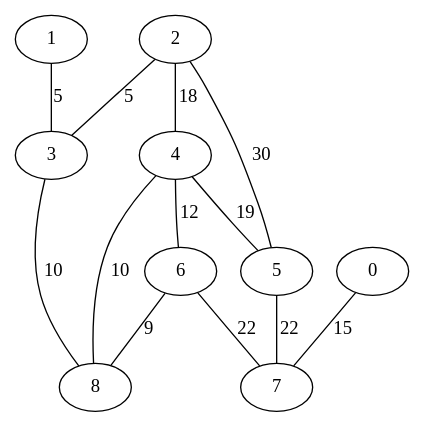
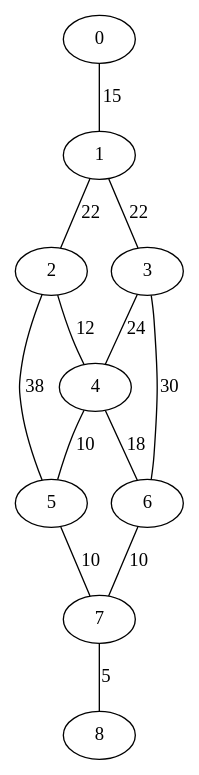
The diagram in input/sample/day23_compressed.dot (josephmate/AdventOfCode2023), drawn with Graphviz before and after one commit. The commit also changed 2 other files, not shown here.

```diff
--- a/input/sample/day23_compressed.dot
+++ b/input/sample/day23_compressed.dot
@@ -1,14 +1,14 @@
 graph Connected_Components {
-    1 -- 3 [label="5"]
-    4 -- 6 [label="12"]
-    4 -- 5 [label="19"]
-    4 -- 8 [label="10"]
-    6 -- 7 [label="22"]
-    6 -- 8 [label="9"]
-    0 -- 7 [label="15"]
-    2 -- 4 [label="18"]
-    2 -- 5 [label="30"]
-    2 -- 3 [label="5"]
-    3 -- 8 [label="10"]
-    5 -- 7 [label="22"]
+    0 -- 1 [label="15"]
+    2 -- 4 [label="12"]
+    2 -- 5 [label="38"]
+    5 -- 7 [label="10"]
+    6 -- 7 [label="10"]
+    7 -- 8 [label="5"]
+    1 -- 2 [label="22"]
+    1 -- 3 [label="22"]
+    3 -- 4 [label="24"]
+    3 -- 6 [label="30"]
+    4 -- 5 [label="10"]
+    4 -- 6 [label="18"]
 }
```
